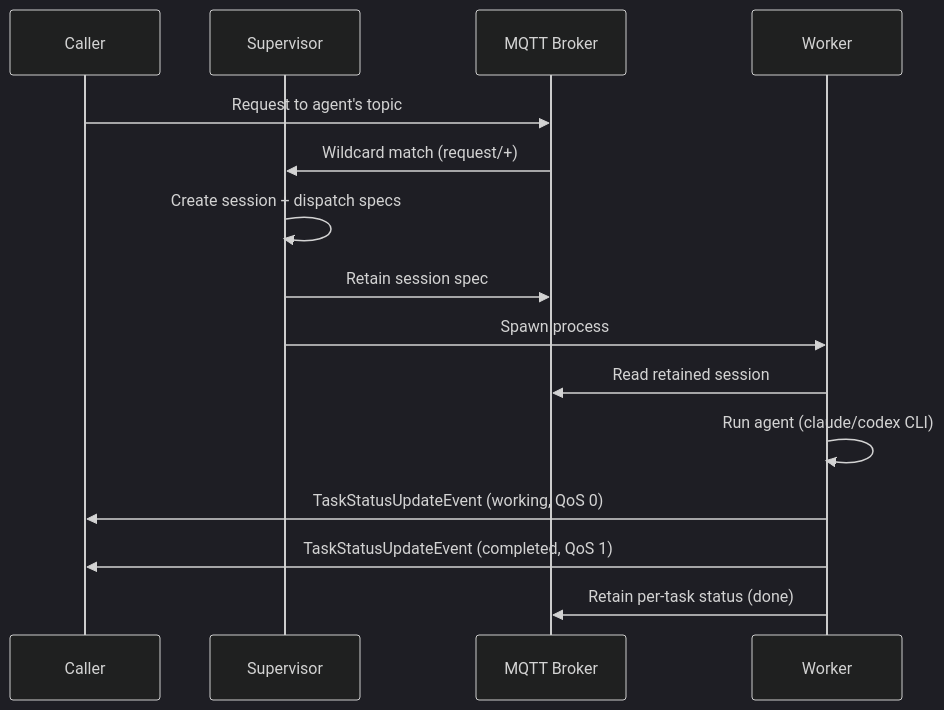
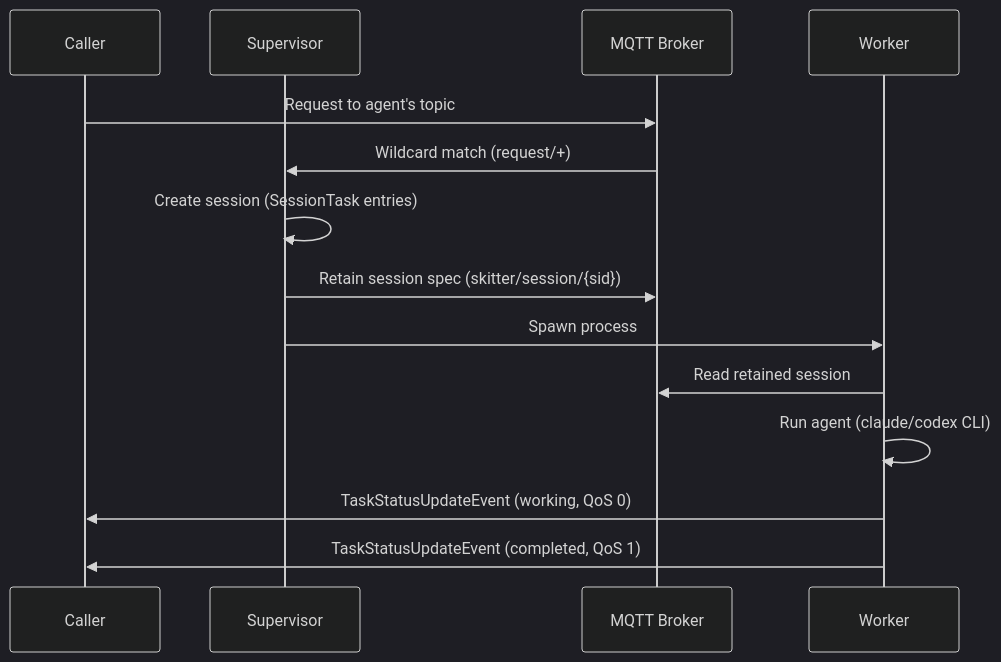
Before and after one commit to id/skitter: the first of 3 diagrams in docs/architecture.md, drawn with Mermaid (dark theme). The commit also changed other lines of this file and 17 other files, not shown here.

````diff
--- a/docs/architecture.md
+++ b/docs/architecture.md
@@ -47,18 +59,17 @@
 ```mermaid
 sequenceDiagram
     participant C as Caller
     participant S as Supervisor
     participant B as MQTT Broker
     participant W as Worker
 
     C->>B: Request to agent's topic
     B->>S: Wildcard match (request/+)
-    S->>S: Create session + dispatch specs
-    S->>B: Retain session spec
+    S->>S: Create session (SessionTask entries)
+    S->>B: Retain session spec (skitter/session/{sid})
     S->>W: Spawn process
     W->>B: Read retained session
     W->>W: Run agent (claude/codex CLI)
     W->>C: TaskStatusUpdateEvent (working, QoS 0)
     W->>C: TaskStatusUpdateEvent (completed, QoS 1)
-    W->>B: Retain per-task status (done)
 ```
````
